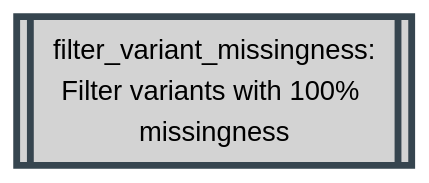
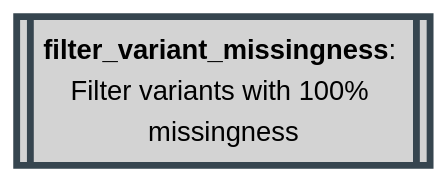
One commit to Tuks-ICMM/Pharmacogenetic-Analysis-Pipeline changed the tenth of 30 diagrams in docs/02-workflow/02-methodology.md. Above: the diagram before and after it, drawn with Mermaid. The commit also changed other lines of this file, not shown here.

````diff
--- a/docs/02-workflow/02-methodology.md
+++ b/docs/02-workflow/02-methodology.md
@@ -744,8 +495,7 @@
   ```mermaid
   flowchart TD
+    filter_variant_missingness[[<b>filter_variant_missingness</b>: <br>Filter variants with 100% <br>missingness]]
+
     classDef plink stroke:#36454F,fill:#D3D3D3,stroke-width:4px,color:black;
-
-    filter_variant_missingness[[filter_variant_missingness:
-Filter variants with 100% missingness]]
-class filter_variant_missingness plink;
+    class filter_variant_missingness plink;
   ```
````
